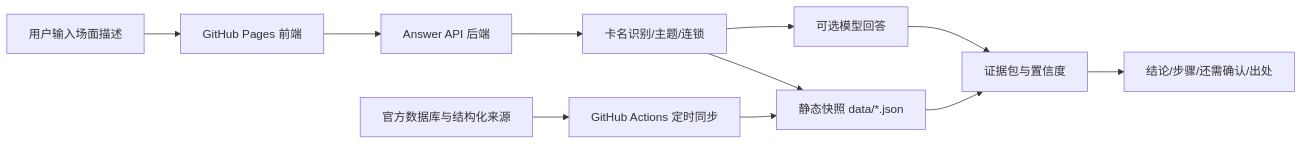
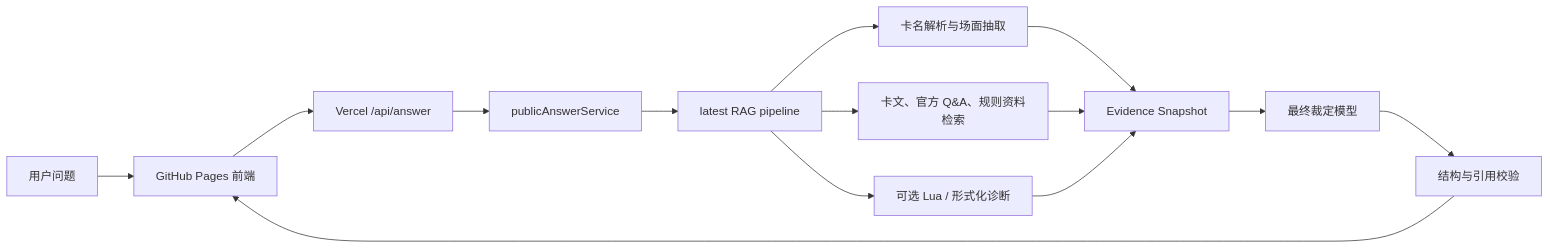
One commit to coldiceh/ocg-ruling-assistant changed the first of 2 diagrams in docs/architecture.md. Above: the diagram before and after it, drawn with Mermaid. The commit also changed other lines of this file and 231 other files, not shown here.

Commit message:
refactor: simplify answer pipeline and harden evidence matching

````diff
--- a/docs/architecture.md
+++ b/docs/architecture.md
@@ -5,13 +7,16 @@
 ```mermaid
 flowchart LR
-  A["用户输入场面描述"] --> B["GitHub Pages 前端"]
-  B --> C["Answer API 后端"]
-  C --> D["卡名识别/主题/连锁"]
-  D --> E["静态快照 data/*.json"]
-  D --> F["可选模型回答"]
-  E --> G["证据包与置信度"]
-  F --> G
-  G --> H["结论/步骤/还需确认/出处"]
-  I["GitHub Actions 定时同步"] --> E
-  J["官方数据库与结构化来源"] --> I
+  A["用户问题"] --> B["GitHub Pages 前端"]
+  B --> C["Vercel /api/answer"]
+  C --> D["publicAnswerService"]
+  D --> E["latest RAG pipeline"]
+  E --> F["卡名解析与场面抽取"]
+  E --> G["卡文、官方 Q&A、规则资料检索"]
+  E --> H["可选 Lua / 形式化诊断"]
+  F --> I["Evidence Snapshot"]
+  G --> I
+  H --> I
+  I --> J["最终裁定模型"]
+  J --> K["结构与引用校验"]
+  K --> B
 ```
````
